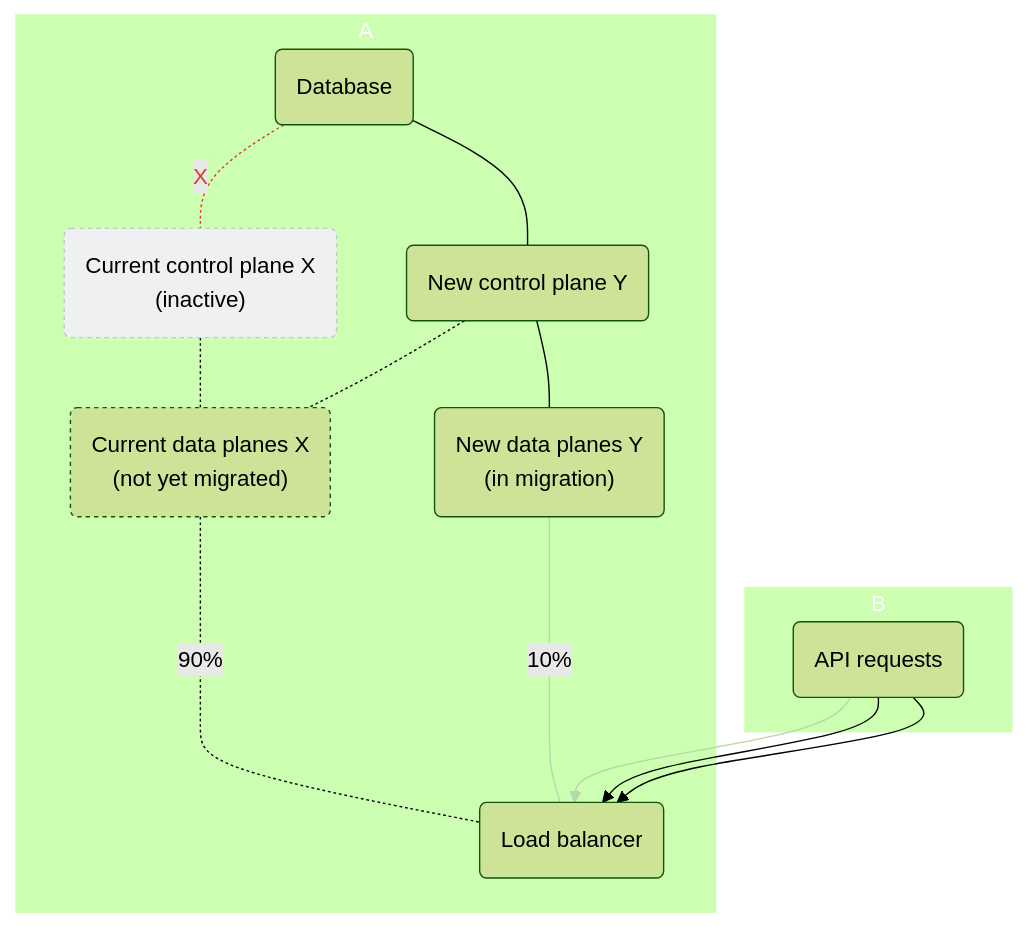
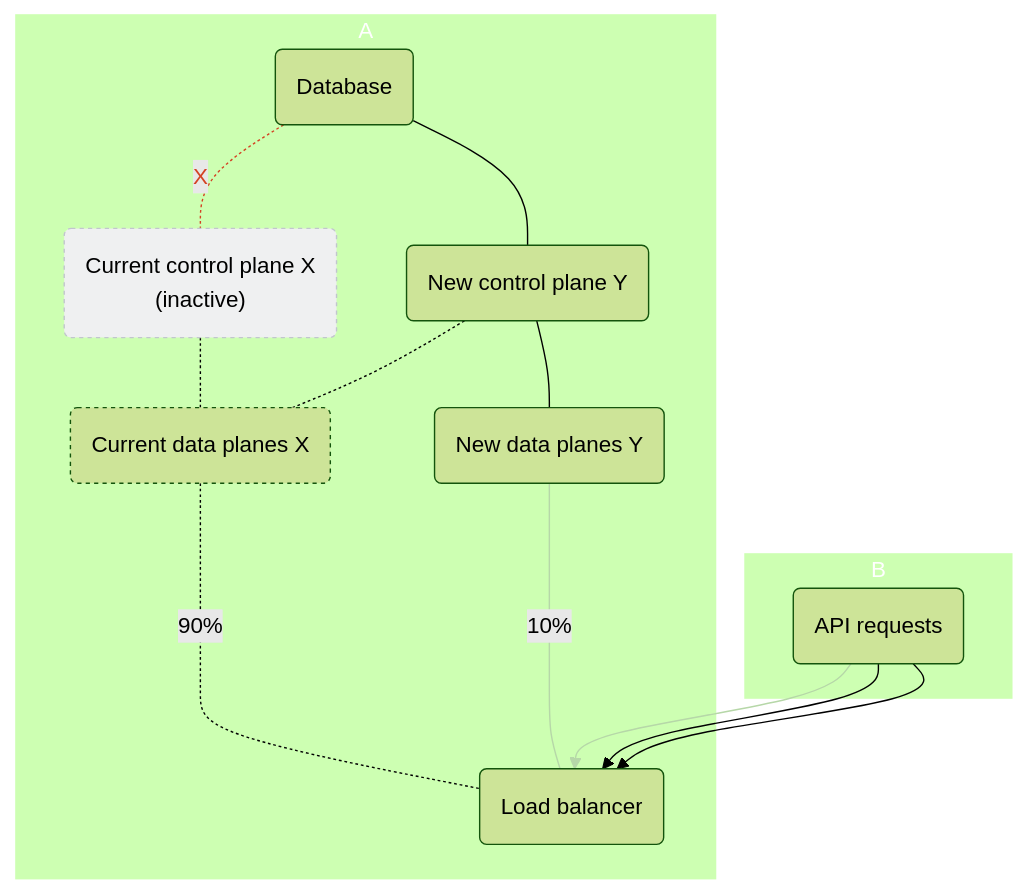
The fourth of 4 diagrams in app/_includes/md/gateway/hybrid-upgrade.md (Kong/docs.konghq.com), drawn with Mermaid (forest theme) before and after one commit. The commit also changed other lines of this file and 8 other files, not shown here.

```diff
--- a/app/_includes/md/gateway/hybrid-upgrade.md
+++ b/app/_includes/md/gateway/hybrid-upgrade.md
@@ -149,28 +143,28 @@
 {% mermaid %}
 flowchart 
     DBA(Database)
     CPX(Current control plane X \n #40;inactive#41;)
     CPY(New control plane Y)
-    DPX(Current data planes X \n #40;not yet migrated#41;)
-    DPY(New data planes Y \n #40;in migration#41;)
+    DPX(Current data planes X)
+    DPY(New data planes Y)
     API(API requests)
     LB(Load balancer)
 
     subgraph A
         DBA -.X.- CPX
         DBA --- CPY
         CPX -.- DPX
         CPY -.- DPX -.90%..- LB
         CPY --- DPY --10%---- LB
     end
     subgraph B
         API --> LB & LB & LB
     end
 
     linkStyle 0 stroke:#d44324,color:#d44324
     linkStyle 6,7 stroke:#b6d7a8
     style CPX stroke-dasharray:3,fill:#eff0f1ff,stroke:#c1c6cdff
     style DPX stroke-dasharray:3
     style A stroke:none,color:#fff
     style B stroke:none,color:#fff
 {% endmermaid %}
```
